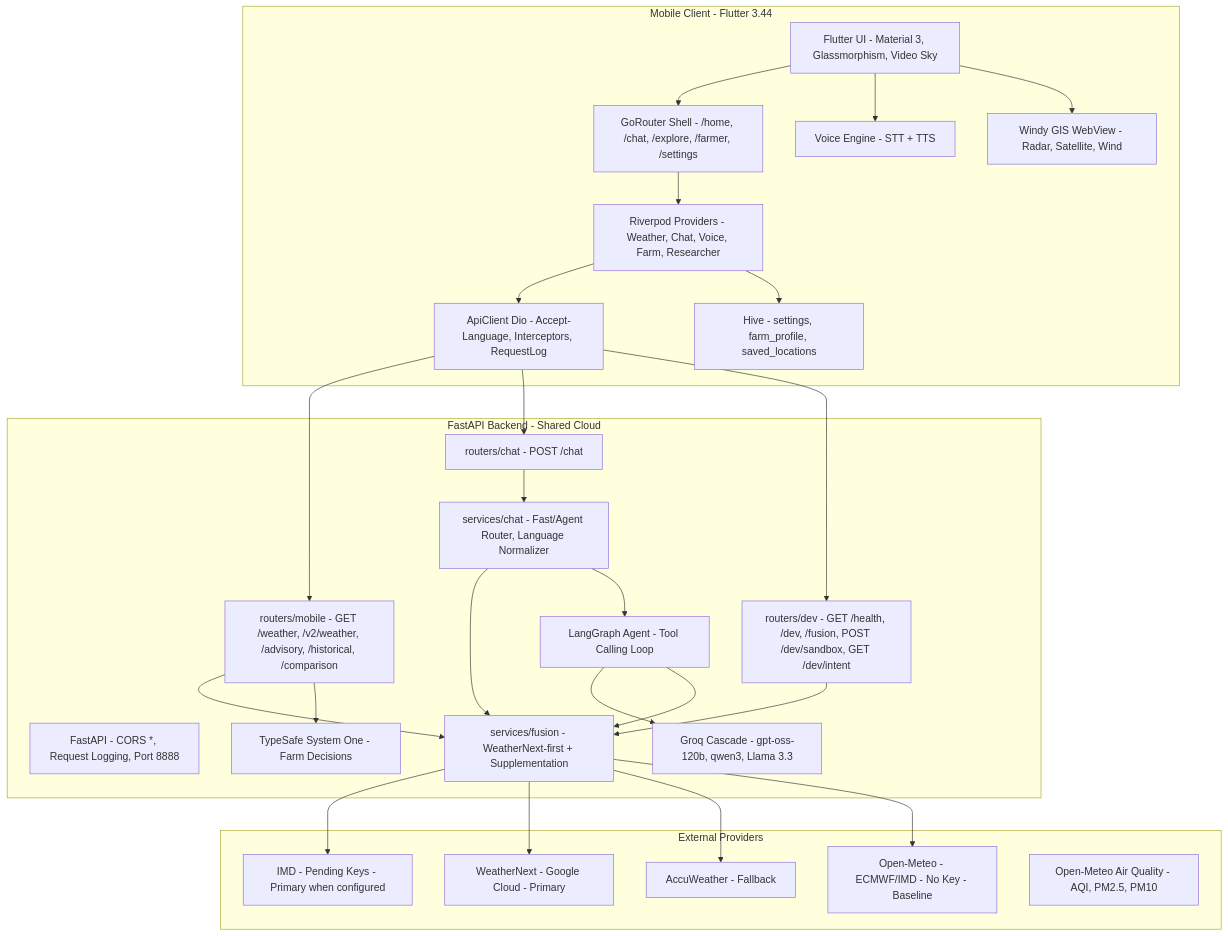
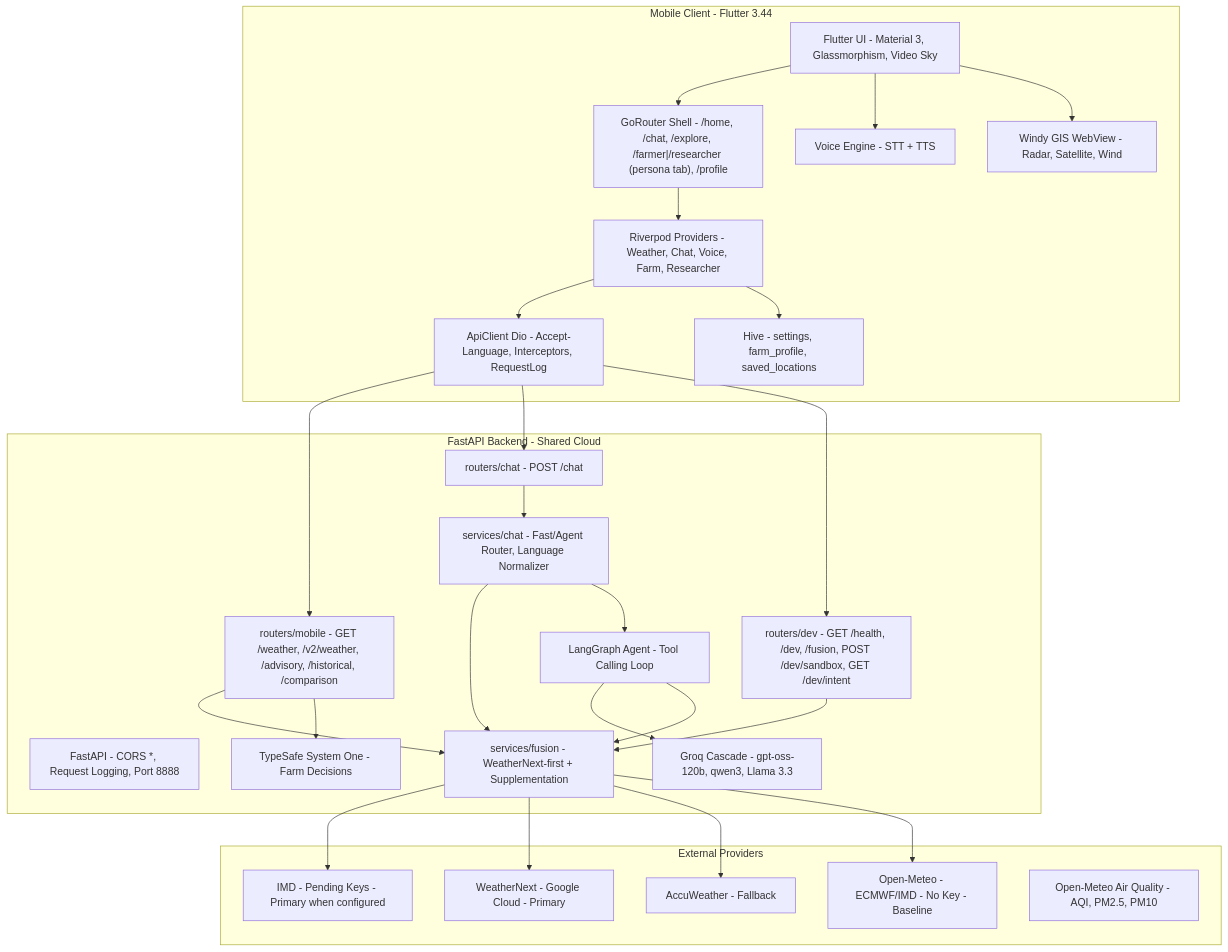
Before and after one commit to omsenjalia/weathergpt-app: the first of 7 diagrams in ARCHITECTURE.md, drawn with Mermaid. The commit also changed other lines of this file and 11 other files, not shown here.

First line of the commit message:
fix(ui): segment pill math, persona nav tabs, dark-glass contrast, spacing

````diff
--- a/ARCHITECTURE.md
+++ b/ARCHITECTURE.md
@@ -66,57 +66,57 @@
 ```mermaid
 graph TB
     subgraph "Mobile Client - Flutter 3.44"
         UI["Flutter UI - Material 3, Glassmorphism, Video Sky"]
-        NAV["GoRouter Shell - /home, /chat, /explore, /farmer, /settings"]
+        NAV["GoRouter Shell - /home, /chat, /explore, /farmer|/researcher (persona tab), /profile"]
         STATE["Riverpod Providers - Weather, Chat, Voice, Farm, Researcher"]
         CLIENT["ApiClient Dio - Accept-Language, Interceptors, RequestLog"]
         CACHE["Hive - settings, farm_profile, saved_locations"]
         VOICE["Voice Engine - STT + TTS"]
         WEBVIEW["Windy GIS WebView - Radar, Satellite, Wind"]
     end
 
     subgraph "FastAPI Backend - Shared Cloud"
         API["FastAPI - CORS *, Request Logging, Port 8888"]
         RCHAT["routers/chat - POST /chat"]
         RMOB["routers/mobile - GET /weather, /v2/weather, /advisory, /historical, /comparison"]
         RDEV["routers/dev - GET /health, /dev, /fusion, POST /dev/sandbox, GET /dev/intent"]
         CHATSVC["services/chat - Fast/Agent Router, Language Normalizer"]
         FUSION["services/fusion - WeatherNext-first + Supplementation"]
         JEV["TypeSafe System One - Farm Decisions"]
         AGT["LangGraph Agent - Tool Calling Loop"]
         LLM["Groq Cascade - gpt-oss-120b, qwen3, Llama 3.3"]
     end
 
     subgraph "External Providers"
         OM["Open-Meteo - ECMWF/IMD - No Key - Baseline"]
         AW["AccuWeather - Fallback"]
         WN["WeatherNext - Google Cloud - Primary"]
         IMD["IMD - Pending Keys - Primary when configured"]
         AQI["Open-Meteo Air Quality - AQI, PM2.5, PM10"]
     end
 
     UI --> NAV
     NAV --> STATE
     STATE --> CLIENT
     STATE --> CACHE
     UI --> VOICE
     UI --> WEBVIEW
 
     CLIENT --> RMOB
     CLIENT --> RCHAT
     CLIENT --> RDEV
 
     RCHAT --> CHATSVC
     CHATSVC --> FUSION
     CHATSVC --> AGT
     AGT --> LLM
     AGT --> FUSION
     RMOB --> FUSION
     RMOB --> JEV
     RDEV --> FUSION
 
     FUSION --> IMD
     FUSION --> WN
     FUSION --> AW
     FUSION --> OM
 ```
````
